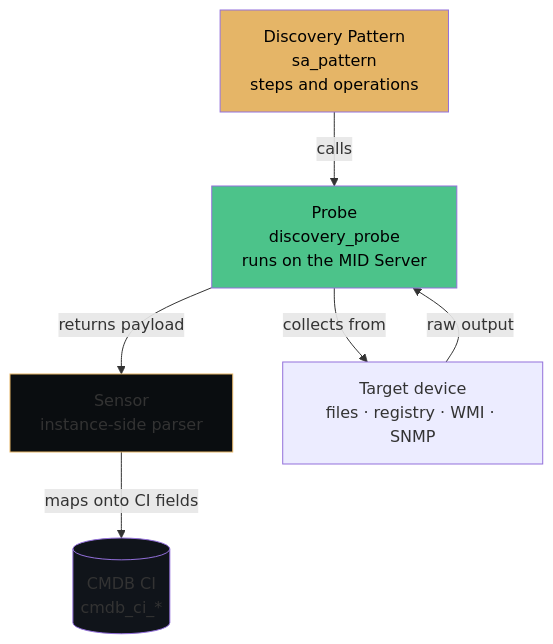
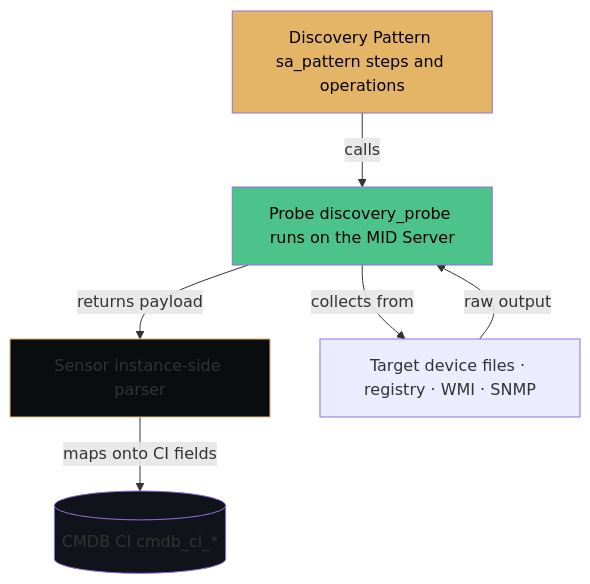
Before and after one commit to eltonaguiar/ServiceNow_Learning_TSOM-_CSM_FSM_SalesCRM_HAM_ITSM: the third of 3 diagrams in docs/modules/discovery/discovery-guide.md, drawn with Mermaid. The commit also changed other lines of this file and 11 other files, not shown here.

First line of the commit message:
Fix all mermaid diagrams: remove br/ tags that break rendering on GitHub Pages

````diff
--- a/docs/modules/discovery/discovery-guide.md
+++ b/docs/modules/discovery/discovery-guide.md
@@ -182,19 +182,19 @@
 ```mermaid
 flowchart TD
-    Pattern[Discovery Pattern<br/>sa_pattern<br/>steps and operations]
-    Probe[Probe<br/>discovery_probe<br/>runs on the MID Server]
-    Sensor[Sensor<br/>instance-side parser]
-    CI[(CMDB CI<br/>cmdb_ci_*)]
+    Pattern[Discovery Pattern sa_pattern steps and operations]
+    Probe[Probe discovery_probe runs on the MID Server]
+    Sensor[Sensor instance-side parser]
+    CI[(CMDB CI cmdb_ci_*)]
 
     Pattern -->|calls| Probe
-    Probe -->|collects from| Target[Target device<br/>files · registry · WMI · SNMP]
+    Probe -->|collects from| Target[Target device files · registry · WMI · SNMP]
     Target -->|raw output| Probe
     Probe -->|returns payload| Sensor
     Sensor -->|maps onto CI fields| CI
 
     style Pattern fill:#e5b567,color:#000
     style Probe fill:#4cc38a,color:#000
     style Sensor fill:#0a0d10,stroke:#e5b567
     style CI fill:#10141a
 
 ```
````
